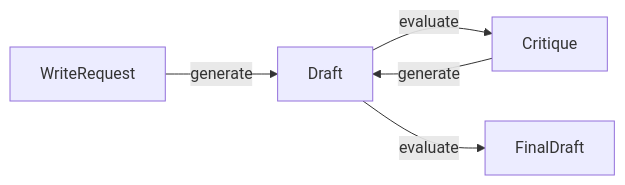
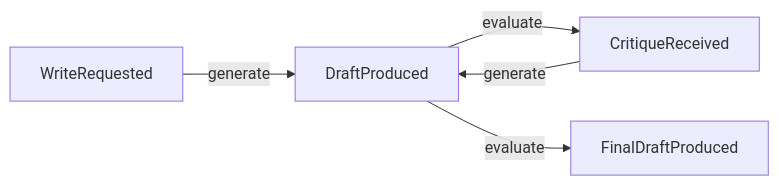
One commit to cadance-io/langgraph-events changed the diagram in examples/reflection_loop.graph.md. Above: the diagram before and after it, drawn with Mermaid. The commit also changed 8 other files, not shown here.

````diff
--- a/examples/reflection_loop.graph.md
+++ b/examples/reflection_loop.graph.md
@@ -4,8 +4,8 @@
 ```mermaid
 graph LR
-    WriteRequest -->|generate| Draft
-    Critique -->|generate| Draft
-    Draft -->|evaluate| Critique
-    Draft -->|evaluate| FinalDraft
+    WriteRequested -->|generate| DraftProduced
+    CritiqueReceived -->|generate| DraftProduced
+    DraftProduced -->|evaluate| CritiqueReceived
+    DraftProduced -->|evaluate| FinalDraftProduced
 %% Side-effect handlers: audit_trail (Auditable)
 ```
````
